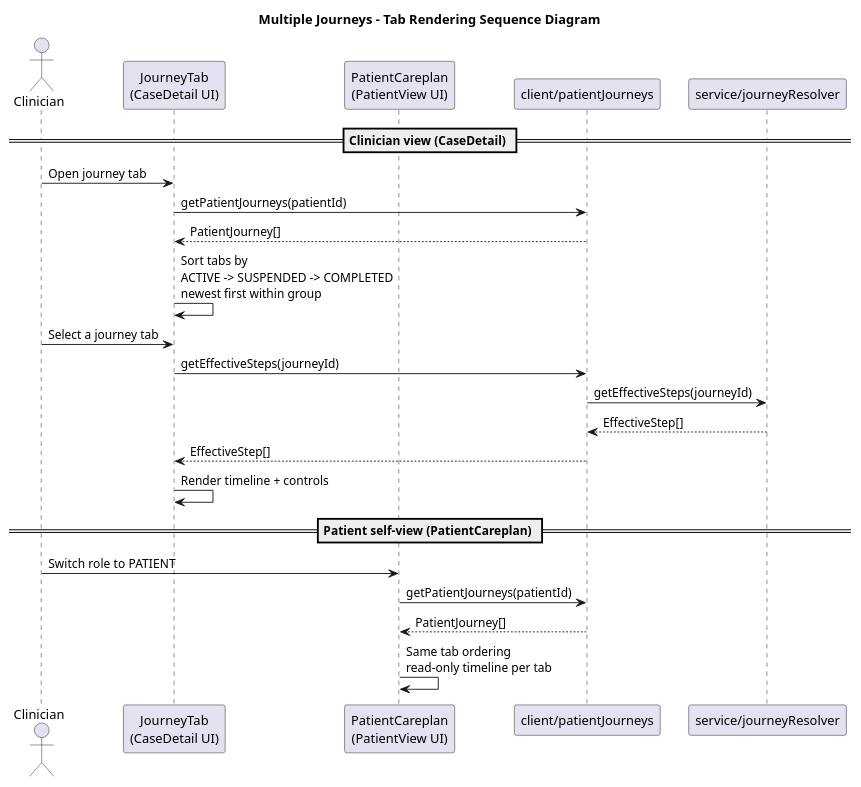
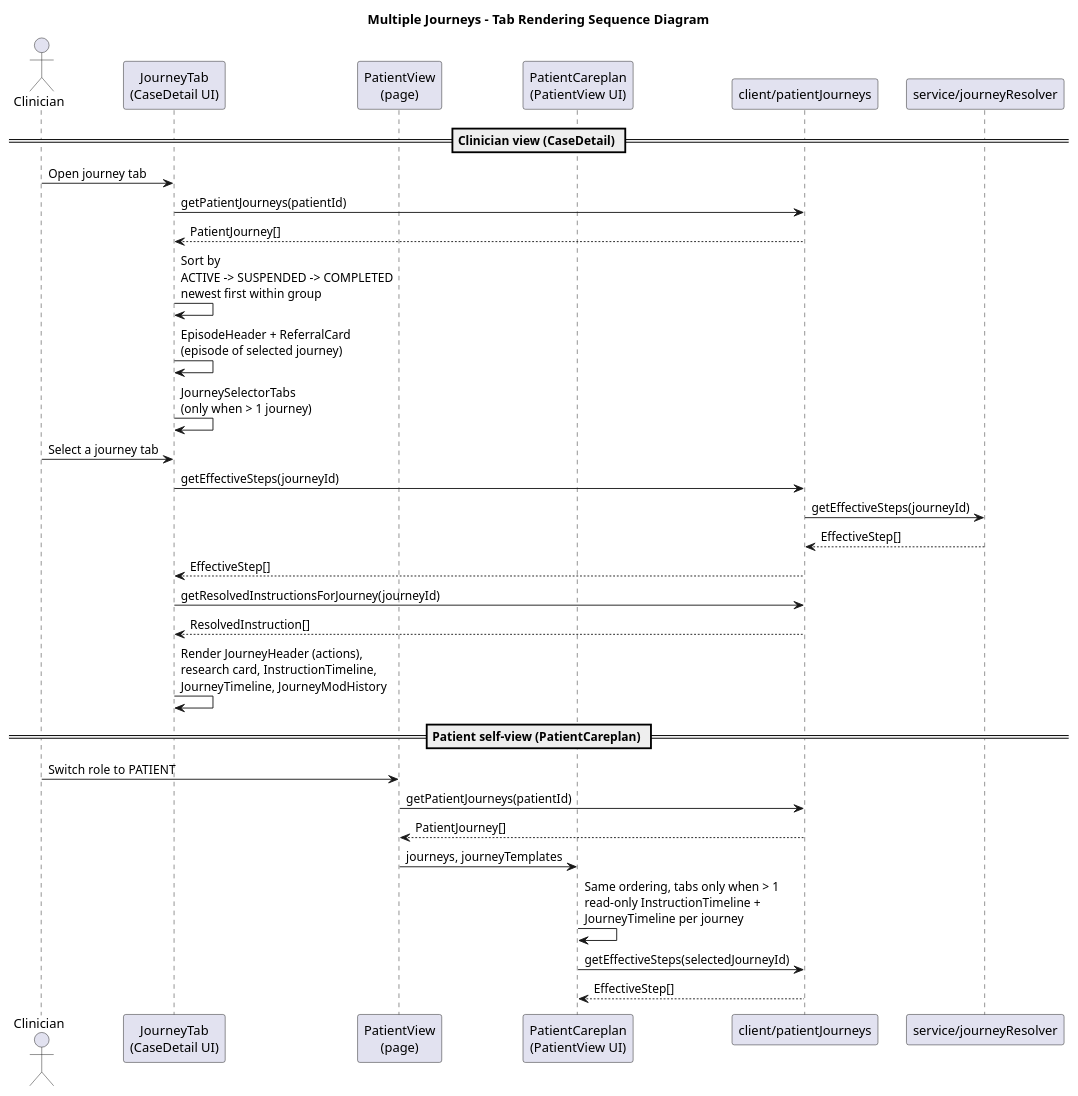
Before and after one commit to gforge/DUK: the diagram in docs/diagrams/journey-tabs-sequence.puml, drawn with PlantUML. The commit also changed 49 other files, not shown here.

First line of the commit message:
Update docs and diagrams to match current implementation

```diff
--- a/docs/diagrams/journey-tabs-sequence.puml
+++ b/docs/diagrams/journey-tabs-sequence.puml
@@ -1,34 +1,44 @@
 @startuml
 ' Purpose: Multi-journey tab rendering in clinician and patient views
 ' Source of truth:
 '   src/components/case/JourneyTab/index.tsx
+'   src/components/case/JourneyTab/JourneySelectorTabs.tsx
 '   src/components/patientView/PatientCareplan/main.tsx
+'   src/pages/PatientView.tsx
 '   src/api/client/patientJourneys.ts
 
 title Multiple Journeys - Tab Rendering Sequence Diagram
 
 actor Clinician
 participant "JourneyTab\n(CaseDetail UI)" as JT
+participant "PatientView\n(page)" as PV
 participant "PatientCareplan\n(PatientView UI)" as PC
 participant "client/patientJourneys" as Client
 participant "service/journeyResolver" as Resolver
 
 == Clinician view (CaseDetail) ==
 Clinician -> JT : Open journey tab
 JT -> Client : getPatientJourneys(patientId)
 Client --> JT : PatientJourney[]
-JT -> JT : Sort tabs by\nACTIVE -> SUSPENDED -> COMPLETED\nnewest first within group
+JT -> JT : Sort by\nACTIVE -> SUSPENDED -> COMPLETED\nnewest first within group
+JT -> JT : EpisodeHeader + ReferralCard\n(episode of selected journey)
+JT -> JT : JourneySelectorTabs\n(only when > 1 journey)
 Clinician -> JT : Select a journey tab
 JT -> Client : getEffectiveSteps(journeyId)
 Client -> Resolver : getEffectiveSteps(journeyId)
 Resolver --> Client : EffectiveStep[]
 Client --> JT : EffectiveStep[]
-JT -> JT : Render timeline + controls
+JT -> Client : getResolvedInstructionsForJourney(journeyId)
+Client --> JT : ResolvedInstruction[]
+JT -> JT : Render JourneyHeader (actions),\nresearch card, InstructionTimeline,\nJourneyTimeline, JourneyModHistory
 
 == Patient self-view (PatientCareplan) ==
-Clinician -> PC : Switch role to PATIENT
-PC -> Client : getPatientJourneys(patientId)
-Client --> PC : PatientJourney[]
-PC -> PC : Same tab ordering\nread-only timeline per tab
+Clinician -> PV : Switch role to PATIENT
+PV -> Client : getPatientJourneys(patientId)
+Client --> PV : PatientJourney[]
+PV -> PC : journeys, journeyTemplates
+PC -> PC : Same ordering, tabs only when > 1\nread-only InstructionTimeline +\nJourneyTimeline per journey
+PC -> Client : getEffectiveSteps(selectedJourneyId)
+Client --> PC : EffectiveStep[]
 
 @enduml
```
